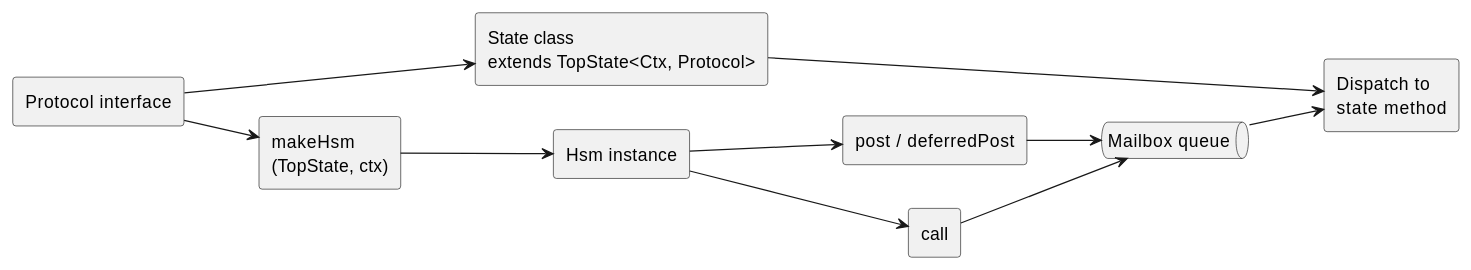
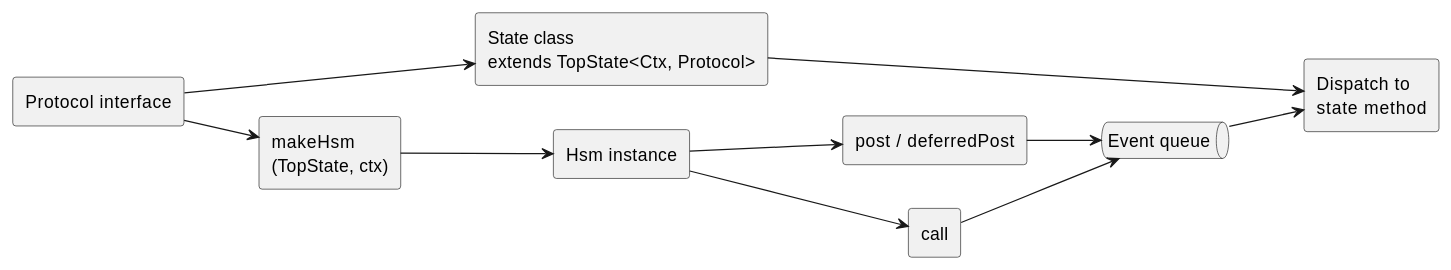
One commit to filasieno/ihsm changed the second of 2 diagrams in packages/ihsm/reference/REFERENCE.md. Above: the diagram before and after it, drawn with PlantUML. The commit also changed other lines of this file and 160 other files, not shown here.

````diff
--- a/packages/ihsm/reference/REFERENCE.md
+++ b/packages/ihsm/reference/REFERENCE.md
@@ -586,22 +587,22 @@
 ```plantuml
 @startuml
 left to right direction
 rectangle "Protocol interface" as P
 rectangle "State class\nextends TopState<Ctx, Protocol>" as S
 rectangle "makeHsm\n(TopState, ctx)" as F
 rectangle "Hsm instance" as H
 rectangle "post / deferredPost" as post
 rectangle "call" as call
-queue "Mailbox queue" as Q
+queue "Event queue" as Q
 rectangle "Dispatch to\nstate method" as D
 P --> S
 P --> F
 F --> H
 H --> post
 H --> call
 post --> Q
 call --> Q
 Q --> D
 S --> D
 @enduml
 ```
````
